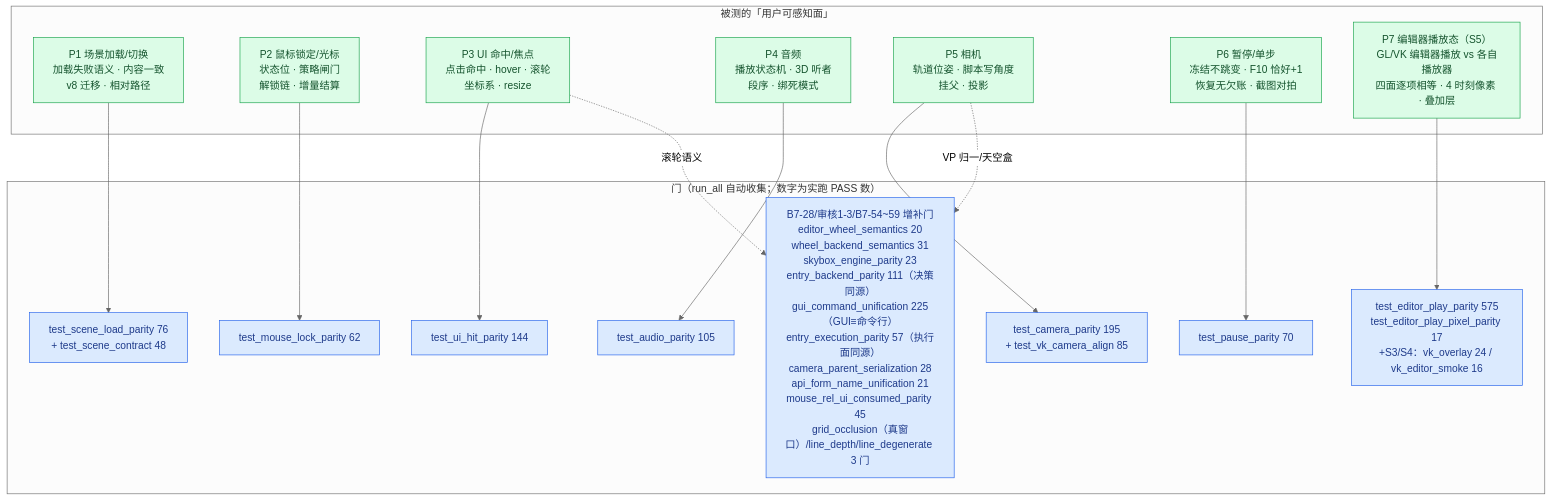
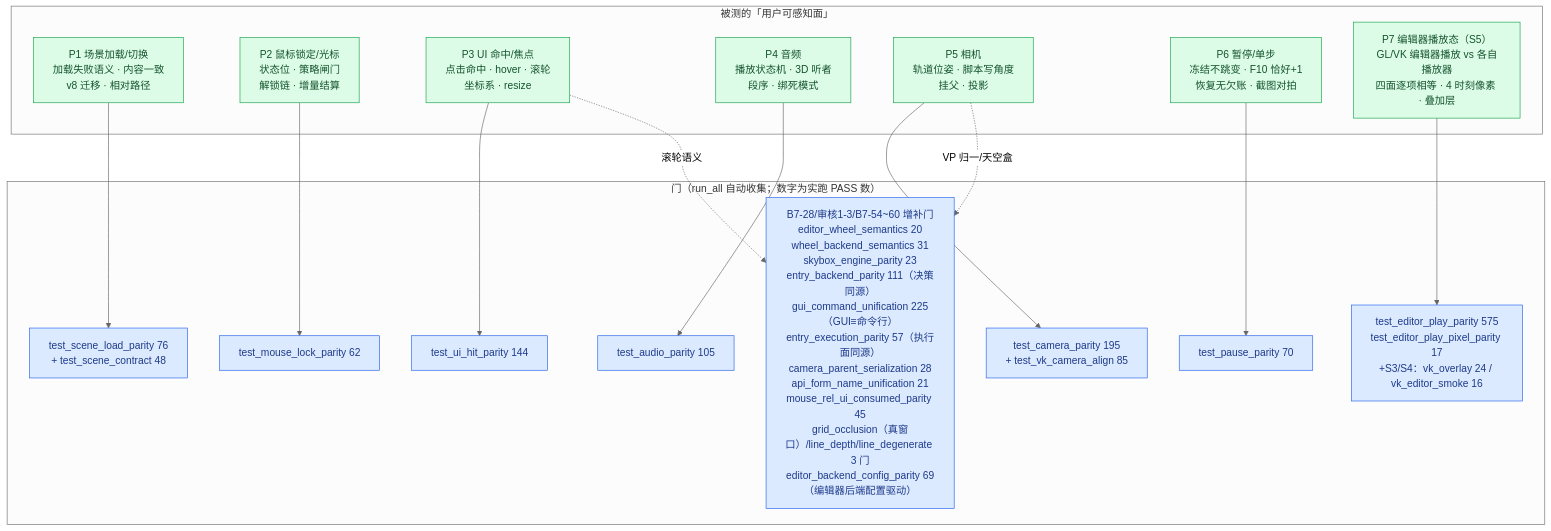
One commit to lhy302/WeaveEngine changed diagram 22 of 23 in ARCHITECTURE.md. Above: the diagram before and after it, drawn with Mermaid (neutral theme). The commit also changed other lines of this file and 2 other files, not shown here.

First line of the commit message:
docs: Q-B7-60-1 架构图同步（编辑器渲染后端配置驱动）+ 2 份遗留文档废止注记

````diff
--- a/ARCHITECTURE.md
+++ b/ARCHITECTURE.md
@@ -1251,33 +1270,33 @@
 ```mermaid
 flowchart TB
   subgraph FACES["被测的「用户可感知面」"]
     F1["P1 场景加载/切换<br/>加载失败语义 · 内容一致<br/>v8 迁移 · 相对路径"]:::ok
     F2["P2 鼠标锁定/光标<br/>状态位 · 策略闸门<br/>解锁链 · 增量结算"]:::ok
     F3["P3 UI 命中/焦点<br/>点击命中 · hover · 滚轮<br/>坐标系 · resize"]:::ok
     F4["P4 音频<br/>播放状态机 · 3D 听者<br/>段序 · 绑死模式"]:::ok
     F5["P5 相机<br/>轨道位姿 · 脚本写角度<br/>挂父 · 投影"]:::ok
     F6["P6 暂停/单步<br/>冻结不跳变 · F10 恰好+1<br/>恢复无欠账 · 截图对拍"]:::ok
     F7["P7 编辑器播放态（S5）<br/>GL/VK 编辑器播放 vs 各自播放器<br/>四面逐项相等 · 4 时刻像素 · 叠加层"]:::ok
   end
   subgraph GATES["门（run_all 自动收集；数字为实跑 PASS 数）"]
     G1["test_scene_load_parity 76<br/>+ test_scene_contract 48"]:::gate
     G2["test_mouse_lock_parity 62"]:::gate
     G3["test_ui_hit_parity 144"]:::gate
     G4["test_audio_parity 105"]:::gate
     G5["test_camera_parity 195<br/>+ test_vk_camera_align 85"]:::gate
     G6["test_pause_parity 70"]:::gate
     G7["test_editor_play_parity 575<br/>test_editor_play_pixel_parity 17<br/>+S3/S4：vk_overlay 24 / vk_editor_smoke 16"]:::gate
-    G8["B7-28/审核1-3/B7-54~59 增补门<br/>editor_wheel_semantics 20<br/>wheel_backend_semantics 31<br/>skybox_engine_parity 23<br/>entry_backend_parity 111（决策同源）<br/>gui_command_unification 225（GUI≡命令行）<br/>entry_execution_parity 57（执行面同源）<br/>camera_parent_serialization 28<br/>api_form_name_unification 21<br/>mouse_rel_ui_consumed_parity 45<br/>grid_occlusion（真窗口）/line_depth/line_degenerate 3 门"]:::gate
+    G8["B7-28/审核1-3/B7-54~60 增补门<br/>editor_wheel_semantics 20<br/>wheel_backend_semantics 31<br/>skybox_engine_parity 23<br/>entry_backend_parity 111（决策同源）<br/>gui_command_unification 225（GUI≡命令行）<br/>entry_execution_parity 57（执行面同源）<br/>camera_parent_serialization 28<br/>api_form_name_unification 21<br/>mouse_rel_ui_consumed_parity 45<br/>grid_occlusion（真窗口）/line_depth/line_degenerate 3 门<br/>editor_backend_config_parity 69（编辑器后端配置驱动）"]:::gate
   end
   F1 --> G1
   F2 --> G2
   F3 --> G3
   F3 -.->|滚轮语义| G8
   F4 --> G4
   F5 --> G5
   F5 -.->|VP 归一/天空盒| G8
   F6 --> G6
   F7 --> G7
   classDef ok fill:#dcfce7,stroke:#16a34a,color:#14532d
   classDef gate fill:#dbeafe,stroke:#2563eb,color:#1e3a8a
 ```
````
